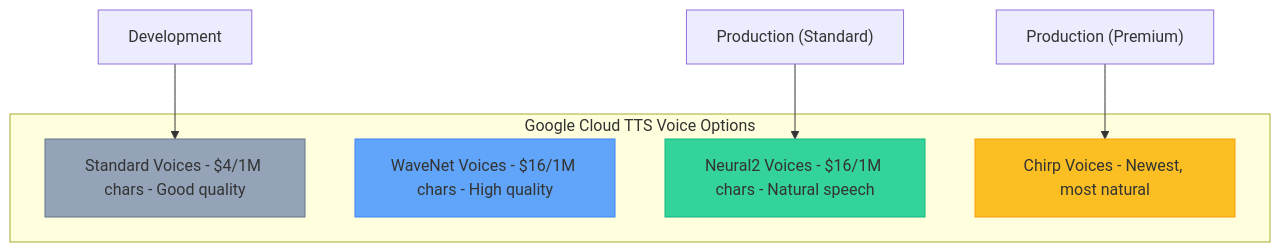
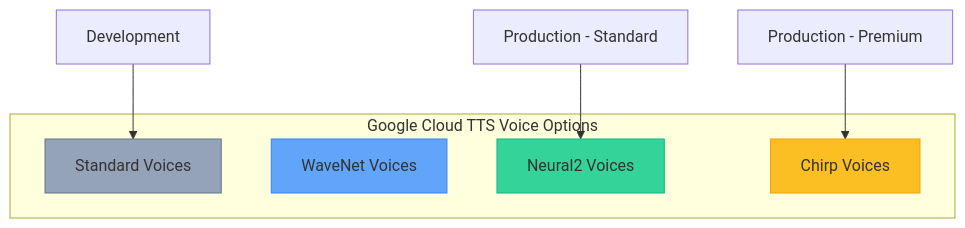
Before and after one commit to juspay/neurolink-blog: the third of 4 diagrams in _posts/2025-12-20-tts-integration-guide.md, drawn with Mermaid. The commit also changed other lines of this file and 172 other files, not shown here.

````diff
--- a/_posts/2025-12-20-tts-integration-guide.md
+++ b/_posts/2025-12-20-tts-integration-guide.md
@@ -210,18 +218,18 @@
 ```mermaid
 graph TD
     subgraph Voices["Google Cloud TTS Voice Options"]
-        STD["Standard Voices - $4/1M chars - Good quality"]
-        WAV["WaveNet Voices - $16/1M chars - High quality"]
-        NEU["Neural2 Voices - $16/1M chars - Natural speech"]
-        CHIRP["Chirp Voices - Newest, most natural"]
+        STD["Standard Voices"]
+        WAV["WaveNet Voices"]
+        NEU["Neural2 Voices"]
+        CHIRP["Chirp Voices"]
     end
 
     DEV["Development"] --> STD
-    PROD["Production (Standard)"] --> NEU
-    PREM["Production (Premium)"] --> CHIRP
+    PROD["Production - Standard"] --> NEU
+    PREM["Production - Premium"] --> CHIRP
 
     style STD fill:#94a3b8,stroke:#64748b
     style WAV fill:#60a5fa,stroke:#3b82f6
     style NEU fill:#34d399,stroke:#10b981
     style CHIRP fill:#fbbf24,stroke:#f59e0b
 ```
````
